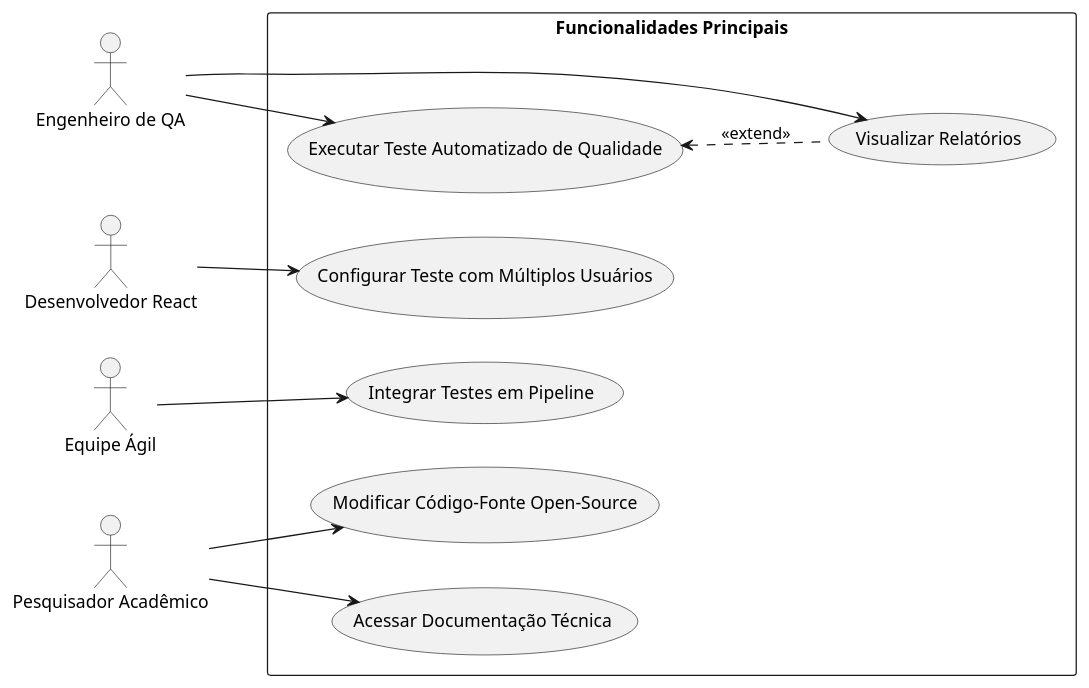
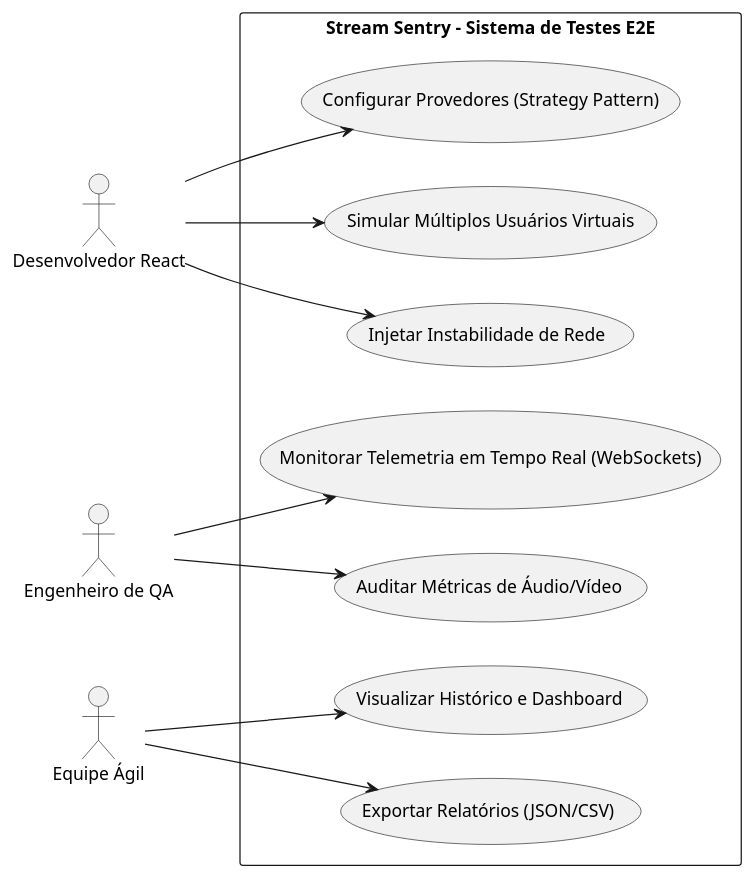
One commit to ICEI-PUC-Minas-PPLES-TI/plf-es-2025-2-tcci-0393100-dev-rafael-parreira changed the diagram in Artefatos/CasosDeUso.puml. Above: the diagram before and after it, drawn with PlantUML. The commit also changed 28 other files, not shown here.

Commit message:
Update diagrams

```diff
--- a/Artefatos/CasosDeUso.puml
+++ b/Artefatos/CasosDeUso.puml
@@ -1,32 +1,36 @@
 @startuml
 left to right direction
+skinparam packageStyle rectangle
 
 actor "Desenvolvedor React" as Dev
 actor "Engenheiro de QA" as QA
-actor "Pesquisador Acadêmico" as Pesquisador
 actor "Equipe Ágil" as Equipe
 
-rectangle "Funcionalidades Principais\n\n" {
+rectangle "Stream Sentry - Sistema de Testes E2E" {
 
-  usecase "Configurar Teste com Múltiplos Usuários" as UC1
-  usecase "Visualizar Relatórios" as UC2
-  usecase "Executar Teste Automatizado de Qualidade" as UC3
-  usecase "Modificar Código-Fonte Open-Source" as UC4
-  usecase "Acessar Documentação Técnica" as UC5
-  usecase "Integrar Testes em Pipeline" as UC6
+    ' Foco: Automação e Simulação (Necessidade 1)
+    usecase "Configurar Provedores (Strategy Pattern)" as UC_Config
+    usecase "Simular Múltiplos Usuários Virtuais" as UC_Simulate
+    usecase "Injetar Instabilidade de Rede" as UC_Stress
+
+    ' Foco: Monitoramento e Telemetria (Necessidade 2)
+    usecase "Monitorar Telemetria em Tempo Real (WebSockets)" as UC_Live
+    usecase "Auditar Métricas de Áudio/Vídeo" as UC_Audit
+
+    ' Foco: Análise e DX (Necessidade 3)
+    usecase "Visualizar Histórico e Dashboard" as UC_Dash
+    usecase "Exportar Relatórios (JSON/CSV)" as UC_Export
 }
 
-Dev --> UC1
+' Relacionamentos baseados no Perfil de Usuário do Doc de Visão
+Dev --> UC_Config
+Dev --> UC_Simulate
+Dev --> UC_Stress
 
-QA --> UC2
-QA --> UC3
+QA --> UC_Live
+QA --> UC_Audit
 
-Pesquisador --> UC4
-Pesquisador --> UC5
-
-Equipe --> UC6
-
-
-UC3 <.. UC2 : <<extend>>
+Equipe --> UC_Dash
+Equipe --> UC_Export
 
 @enduml
```
